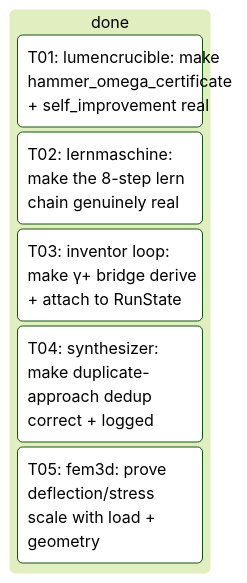
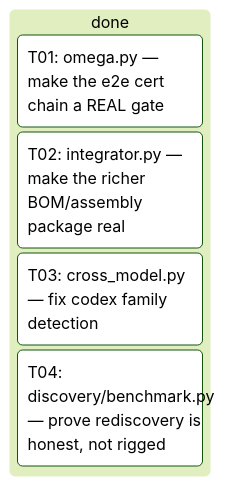
Before and after one commit to Oz4462/genesis: the first of 2 diagrams in docs/portfolio/index.md, drawn with Mermaid (forest theme). The commit also changed other lines of this file, not shown here.

````diff
--- a/docs/portfolio/index.md
+++ b/docs/portfolio/index.md
@@ -11,9 +11,8 @@
 ```mermaid
 kanban
   done
-    nT01[T01: lumencrucible: make hammer_omega_certificate + self_improvement real]
-    nT02[T02: lernmaschine: make the 8-step lern chain genuinely real]
-    nT03[T03: inventor loop: make γ+ bridge derive + attach to RunState]
-    nT04[T04: synthesizer: make duplicate-approach dedup correct + logged]
-    nT05[T05: fem3d: prove deflection/stress scale with load + geometry]
+    nT01[T01: omega.py — make the e2e cert chain a REAL gate]
+    nT02[T02: integrator.py — make the richer BOM/assembly package real]
+    nT03[T03: cross_model.py — fix codex family detection]
+    nT04[T04: discovery/benchmark.py — prove rediscovery is honest, not rigged]
 ```
````
